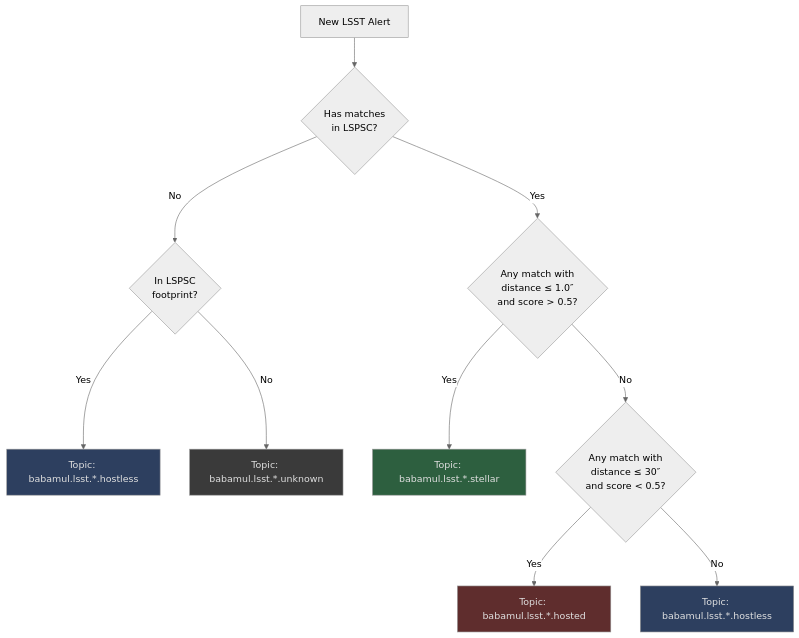
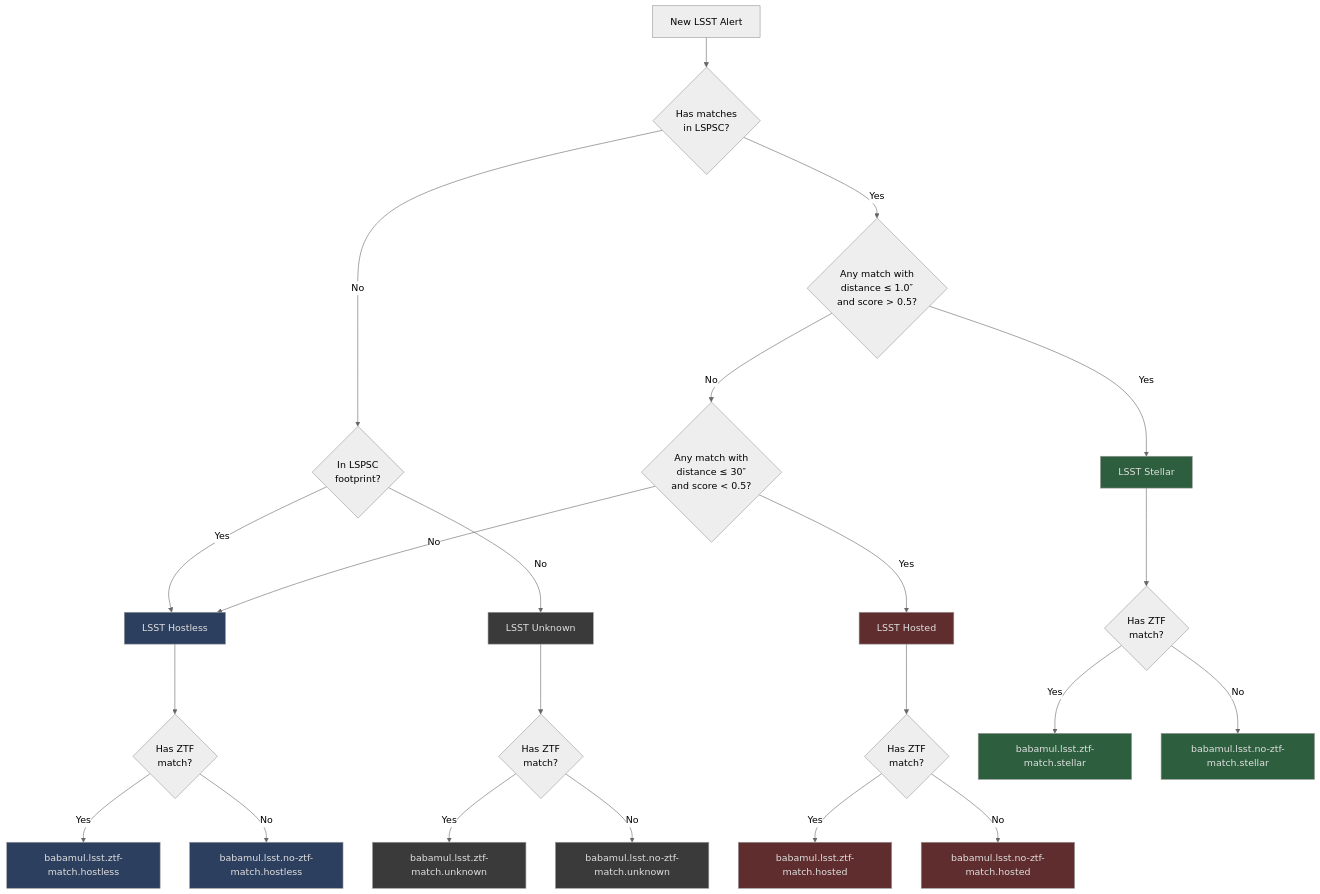
One commit to boom-astro/boom changed the second of 3 diagrams in docs/babamul.md. Above: the diagram before and after it, drawn with Mermaid (neutral theme). The commit also changed other lines of this file, not shown here.

Commit message:
Ensure every single topic is covered in docs diagram

````diff
--- a/docs/babamul.md
+++ b/docs/babamul.md
@@ -135,20 +133,41 @@
 ```mermaid
 flowchart TD
-    Alert[New LSST Alert] --> CheckLSPSC{Has matches<br/>in LSPSC?}
+    LSST[New LSST Alert] --> CheckLSPSC{Has matches<br/>in LSPSC?}
 
     CheckLSPSC -->|No| CheckFootprint{In LSPSC<br/>footprint?}
-    CheckFootprint -->|Yes| HostlessTopic[Topic: babamul.lsst.*.hostless]
-    CheckFootprint -->|No| UnknownTopic[Topic: babamul.lsst.*.unknown]
+    CheckFootprint -->|Yes| LSST_Hostless[LSST Hostless]
+    CheckFootprint -->|No| LSST_Unknown[LSST Unknown]
 
-    CheckLSPSC -->|Yes| CheckStellar{Any match with<br/>distance ≤ 1.0″<br/>and score > 0.5?}
-    CheckStellar -->|Yes| StellarTopic[Topic: babamul.lsst.*.stellar]
-    CheckStellar -->|No| CheckHosted{Any match with<br/>distance ≤ 30″<br/>and score < 0.5?}
-    CheckHosted -->|Yes| HostedTopic[Topic: babamul.lsst.*.hosted]
-    CheckHosted -->|No| HostlessTopic2[Topic: babamul.lsst.*.hostless]
+    CheckLSPSC -->|Yes| CheckLSSTStellar{Any match with<br/>distance ≤ 1.0″<br/>and score > 0.5?}
+    CheckLSSTStellar -->|Yes| LSST_Stellar[LSST Stellar]
+    CheckLSSTStellar -->|No| CheckHosted{Any match with<br/>distance ≤ 30″<br/>and score < 0.5?}
+    CheckHosted -->|Yes| LSST_Hosted[LSST Hosted]
+    CheckHosted -->|No| LSST_Hostless
 
-    style StellarTopic fill:#2d5f3f,color:#e0e0e0
-    style HostedTopic fill:#5f2d2d,color:#e0e0e0
-    style HostlessTopic fill:#2d3f5f,color:#e0e0e0
-    style HostlessTopic2 fill:#2d3f5f,color:#e0e0e0
-    style UnknownTopic fill:#3a3a3a,color:#e0e0e0
+    LSST_Stellar --> CheckZTFMatch_Stellar{Has ZTF<br/>match?}
+    LSST_Hosted --> CheckZTFMatch_Hosted{Has ZTF<br/>match?}
+    LSST_Hostless --> CheckZTFMatch_Hostless{Has ZTF<br/>match?}
+    LSST_Unknown --> CheckZTFMatch_Unknown{Has ZTF<br/>match?}
+
+    CheckZTFMatch_Stellar -->|Yes| Topic1[babamul.lsst.ztf-match.stellar]
+    CheckZTFMatch_Stellar -->|No| Topic5[babamul.lsst.no-ztf-match.stellar]
+    CheckZTFMatch_Hosted -->|Yes| Topic2[babamul.lsst.ztf-match.hosted]
+    CheckZTFMatch_Hosted -->|No| Topic6[babamul.lsst.no-ztf-match.hosted]
+    CheckZTFMatch_Hostless -->|Yes| Topic3[babamul.lsst.ztf-match.hostless]
+    CheckZTFMatch_Hostless -->|No| Topic7[babamul.lsst.no-ztf-match.hostless]
+    CheckZTFMatch_Unknown -->|Yes| Topic4[babamul.lsst.ztf-match.unknown]
+    CheckZTFMatch_Unknown -->|No| Topic8[babamul.lsst.no-ztf-match.unknown]
+
+    style LSST_Stellar fill:#2d5f3f,color:#e0e0e0
+    style LSST_Hosted fill:#5f2d2d,color:#e0e0e0
+    style LSST_Hostless fill:#2d3f5f,color:#e0e0e0
+    style LSST_Unknown fill:#3a3a3a,color:#e0e0e0
+    style Topic1 fill:#2d5f3f,color:#e0e0e0
+    style Topic2 fill:#5f2d2d,color:#e0e0e0
+    style Topic3 fill:#2d3f5f,color:#e0e0e0
+    style Topic4 fill:#3a3a3a,color:#e0e0e0
+    style Topic5 fill:#2d5f3f,color:#e0e0e0
+    style Topic6 fill:#5f2d2d,color:#e0e0e0
+    style Topic7 fill:#2d3f5f,color:#e0e0e0
+    style Topic8 fill:#3a3a3a,color:#e0e0e0
 ```
````
